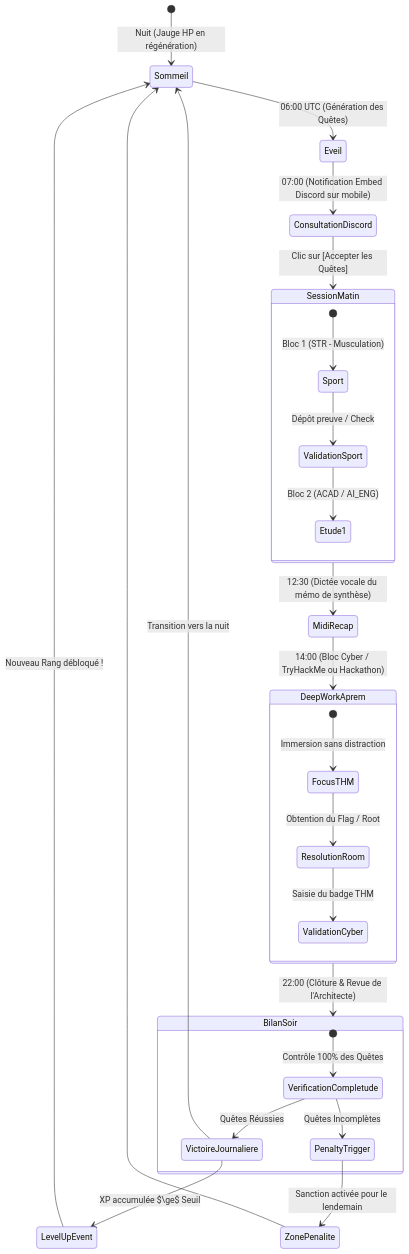
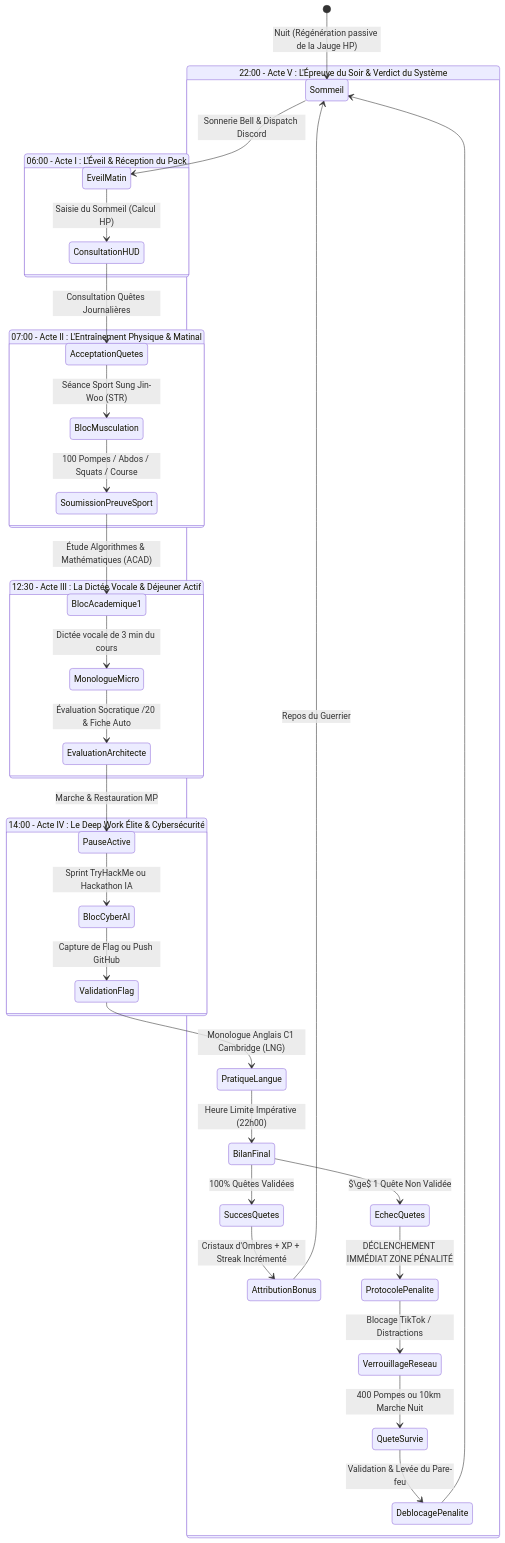
The first of 4 diagrams in docs/03-APP_FLOW.md (GeovanioH/LevelUp), drawn with Mermaid before and after one commit. The commit also changed other lines of this file, not shown here.

Commit message:
docs(ux): expand 03-APP_FLOW.md to 100KB with wireframes, mobile PWA, FSMs, 15 Discord embeds, and WebGL particles

````diff
--- a/docs/03-APP_FLOW.md
+++ b/docs/03-APP_FLOW.md
@@ -15,37 +108,43 @@
 ```mermaid
 stateDiagram-v2
-    [*] --> Sommeil: Nuit (Jauge HP en régénération)
+    [*] --> Sommeil : Nuit (Régénération passive de la Jauge HP)
     
-    Sommeil --> Eveil: 06:00 UTC (Génération des Quêtes)
-    Eveil --> ConsultationDiscord: 07:00 (Notification Embed Discord sur mobile)
-    ConsultationDiscord --> SessionMatin: Clic sur [Accepter les Quêtes]
-    
-    state SessionMatin {
-        [*] --> Sport: Bloc 1 (STR - Musculation)
-        Sport --> ValidationSport: Dépôt preuve / Check
-        ValidationSport --> Etude1: Bloc 2 (ACAD / AI_ENG)
+    state "06:00 - Acte I : L'Éveil & Réception du Pack" as Acte1 {
+        Sommeil --> EveilMatin : Sonnerie Bell & Dispatch Discord
+        EveilMatin --> ConsultationHUD : Saisie du Sommeil (Calcul HP)
+        ConsultationHUD --> AcceptationQuetes : Consultation Quêtes Journalières
     }
 
-    SessionMatin --> MidiRecap: 12:30 (Dictée vocale du mémo de synthèse)
-    MidiRecap --> DeepWorkAprem: 14:00 (Bloc Cyber / TryHackMe ou Hackathon)
-    
-    state DeepWorkAprem {
-        [*] --> FocusTHM: Immersion sans distraction
-        FocusTHM --> ResolutionRoom: Obtention du Flag / Root
-        ResolutionRoom --> ValidationCyber: Saisie du badge THM
+    state "07:00 - Acte II : L'Entraînement Physique & Matinal" as Acte2 {
+        AcceptationQuetes --> BlocMusculation : Séance Sport Sung Jin-Woo (STR)
+        BlocMusculation --> SoumissionPreuveSport : 100 Pompes / Abdos / Squats / Course
+        SoumissionPreuveSport --> BlocAcademique1 : Étude Algorithmes & Mathématiques (ACAD)
     }
 
-    DeepWorkAprem --> BilanSoir: 22:00 (Clôture & Revue de l'Architecte)
-    
-    state BilanSoir {
-        [*] --> VerificationCompletude: Contrôle 100% des Quêtes
-        VerificationCompletude --> VictoireJournaliere: Quêtes Réussies
-        VerificationCompletude --> PenaltyTrigger: Quêtes Incomplètes
+    state "12:30 - Acte III : La Dictée Vocale & Déjeuner Actif" as Acte3 {
+        BlocAcademique1 --> MonologueMicro : Dictée vocale de 3 min du cours
+        MonologueMicro --> EvaluationArchitecte : Évaluation Socratique /20 & Fiche Auto
+        EvaluationArchitecte --> PauseActive : Marche & Restauration MP
     }
 
-    VictoireJournaliere --> LevelUpEvent: XP accumulée $\ge$ Seuil
-    VictoireJournaliere --> Sommeil: Transition vers la nuit
-    LevelUpEvent --> Sommeil: Nouveau Rang débloqué !
-    PenaltyTrigger --> ZonePenalite: Sanction activée pour le lendemain
-    ZonePenalite --> Sommeil
+    state "14:00 - Acte IV : Le Deep Work Élite & Cybersécurité" as Acte4 {
+        PauseActive --> BlocCyberAI : Sprint TryHackMe ou Hackathon IA
+        BlocCyberAI --> ValidationFlag : Capture de Flag ou Push GitHub
+        ValidationFlag --> PratiqueLangue : Monologue Anglais C1 Cambridge (LNG)
+    }
+
+    state "22:00 - Acte V : L'Épreuve du Soir & Verdict du Système" as Acte5 {
+        PratiqueLangue --> BilanFinal : Heure Limite Impérative (22h00)
+        BilanFinal --> SuccesQuetes : 100% Quêtes Validées
+        BilanFinal --> EchecQuetes : $\ge$ 1 Quête Non Validée
+        
+        SuccesQuetes --> AttributionBonus : Cristaux d'Ombres + XP + Streak Incrémenté
+        AttributionBonus --> Sommeil : Repos du Guerrier
+        
+        EchecQuetes --> ProtocolePenalite : DÉCLENCHEMENT IMMÉDIAT ZONE PÉNALITÉ
+        ProtocolePenalite --> VerrouillageReseau : Blocage TikTok / Distractions
+        VerrouillageReseau --> QueteSurvie : 400 Pompes ou 10km Marche Nuit
+        QueteSurvie --> DeblocagePenalite : Validation & Levée du Pare-feu
+        DeblocagePenalite --> Sommeil
+    }
 ```
````
